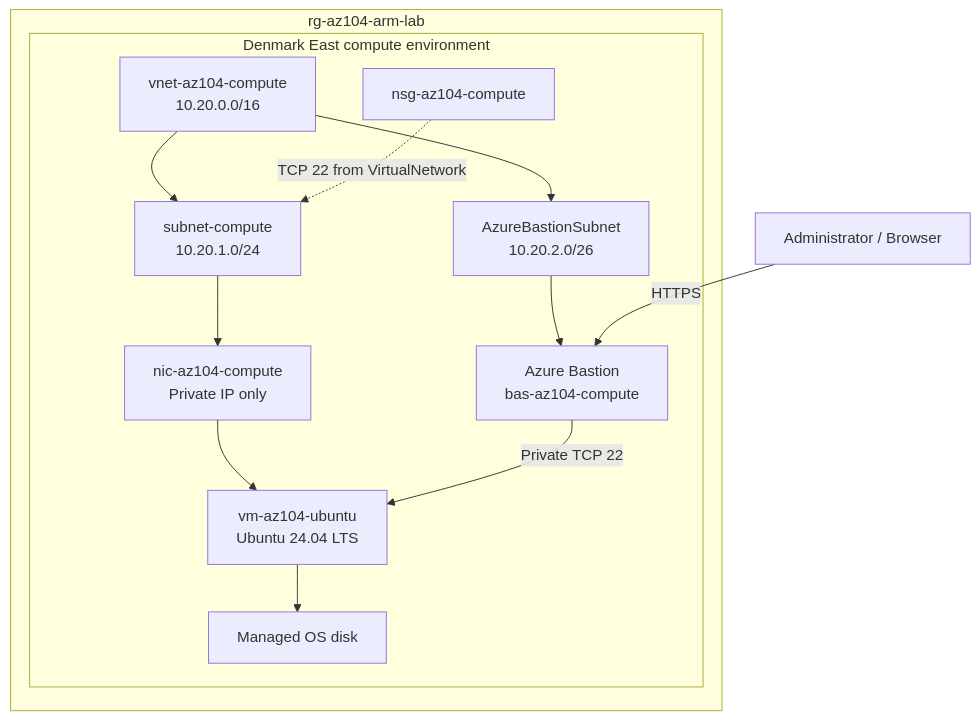
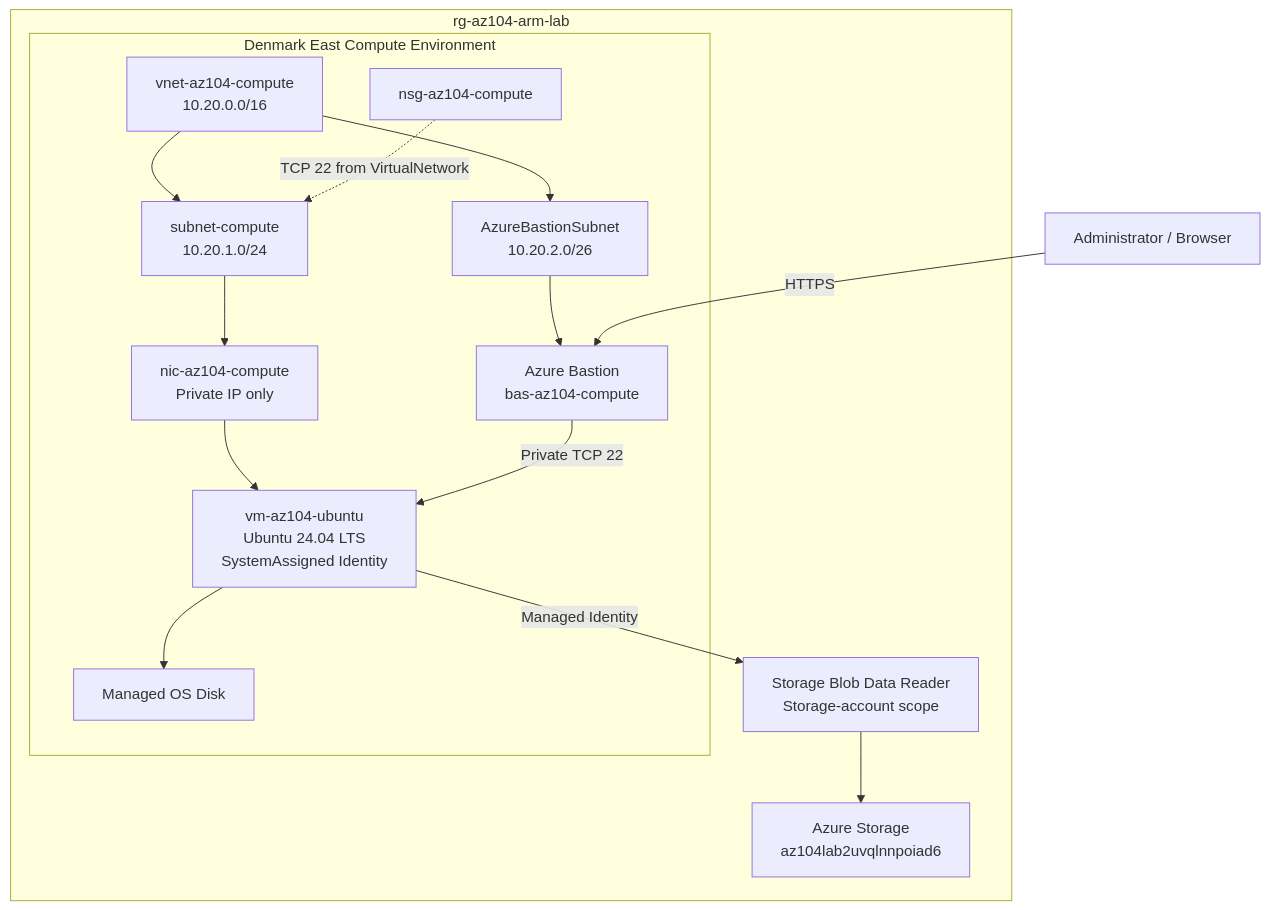
One commit to AZ1600/az104-azure-infrastructure-lab changed the diagram in README.md. Above: the diagram before and after it, drawn with Mermaid. The commit also changed other lines of this file, not shown here.

Commit message:
Document managed identity and RBAC validation

````diff
--- a/README.md
+++ b/README.md
@@ -54,31 +62,41 @@
 ```mermaid
 flowchart TB
     User["Administrator / Browser"]
 
     subgraph RG["rg-az104-arm-lab"]
-        subgraph Compute["Denmark East compute environment"]
+
+        subgraph Compute["Denmark East Compute Environment"]
+            VNet["vnet-az104-compute<br/>10.20.0.0/16"]
+
+            BastionSubnet["AzureBastionSubnet<br/>10.20.2.0/26"]
+            ComputeSubnet["subnet-compute<br/>10.20.1.0/24"]
+
             Bastion["Azure Bastion<br/>bas-az104-compute"]
-            BastionSubnet["AzureBastionSubnet<br/>10.20.2.0/26"]
+            NSG["nsg-az104-compute"]
 
-            VNet["vnet-az104-compute<br/>10.20.0.0/16"]
-            ComputeSubnet["subnet-compute<br/>10.20.1.0/24"]
-            NSG["nsg-az104-compute"]
             NIC["nic-az104-compute<br/>Private IP only"]
-            VM["vm-az104-ubuntu<br/>Ubuntu 24.04 LTS"]
-            Disk["Managed OS disk"]
+            VM["vm-az104-ubuntu<br/>Ubuntu 24.04 LTS<br/>SystemAssigned Identity"]
+            Disk["Managed OS Disk"]
 
             VNet --> BastionSubnet
             VNet --> ComputeSubnet
 
             BastionSubnet --> Bastion
             ComputeSubnet --> NIC
             NIC --> VM
             VM --> Disk
 
             NSG -. "TCP 22 from VirtualNetwork" .-> ComputeSubnet
         end
+
+        Storage["Azure Storage<br/>az104lab2uvqlnnpoiad6"]
+
+        RBAC["Storage Blob Data Reader<br/>Storage-account scope"]
+
+        VM -->|"Managed Identity"| RBAC
+        RBAC --> Storage
     end
 
     User -->|"HTTPS"| Bastion
     Bastion -->|"Private TCP 22"| VM
 ```
````
